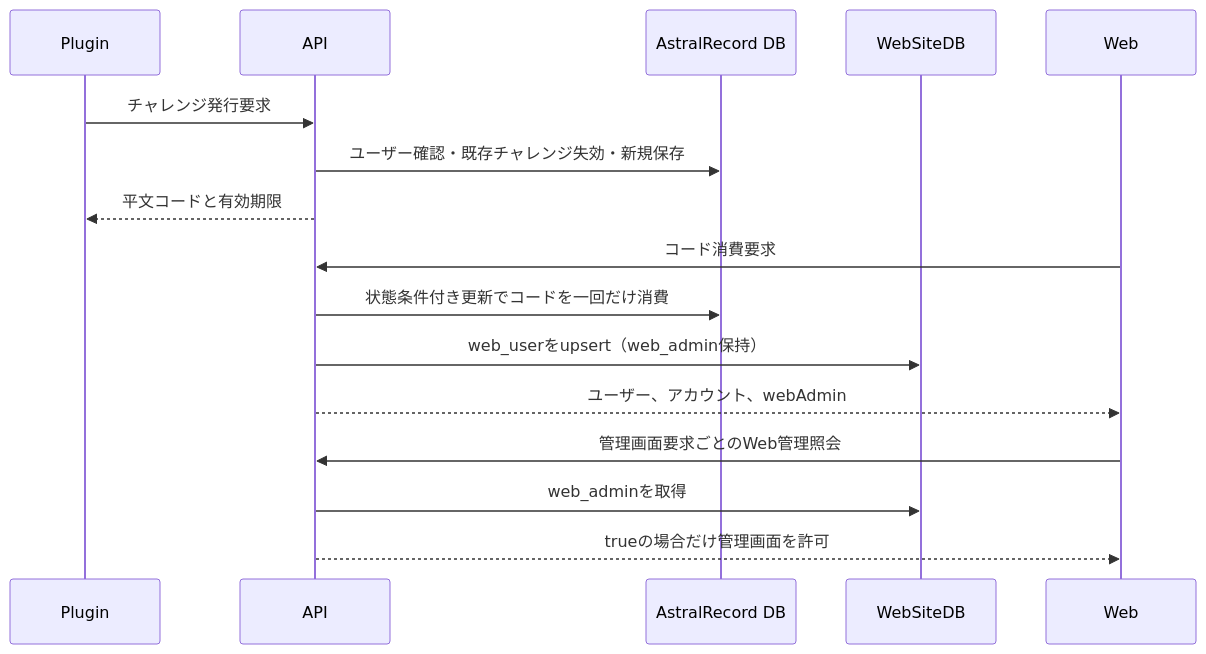
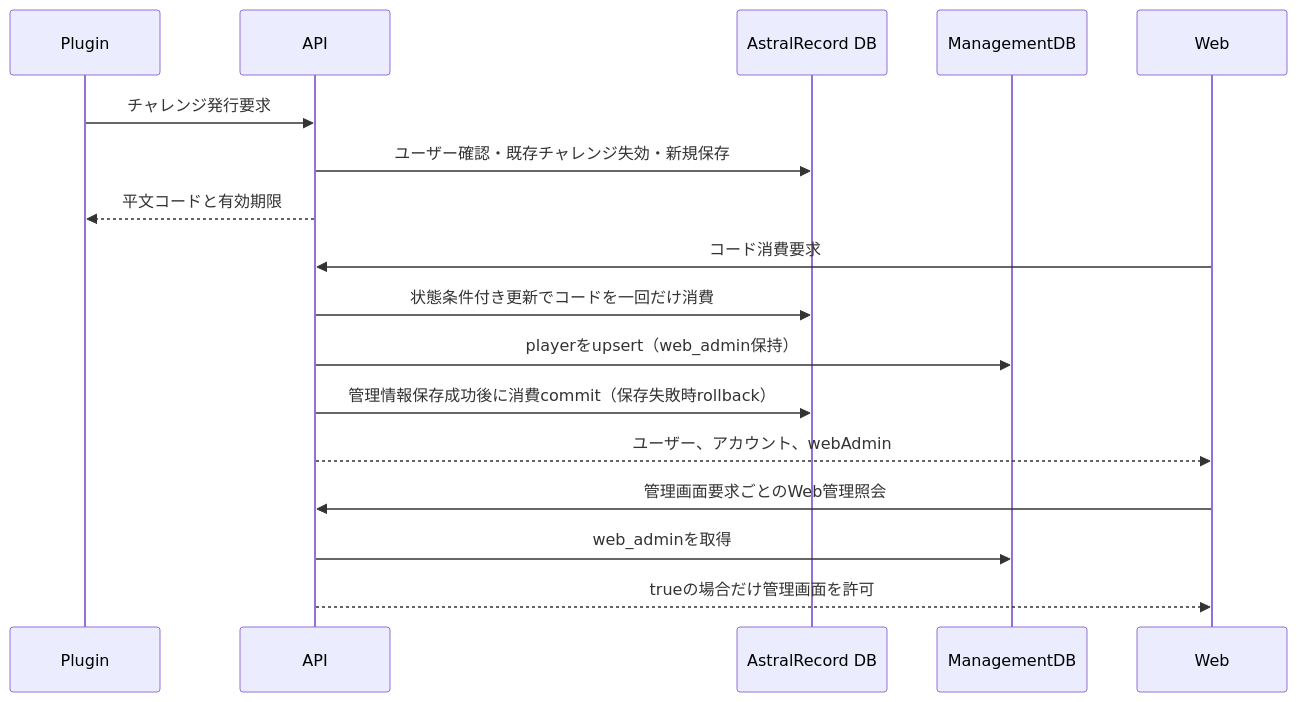
The diagram in 00_docs/20_API設計書/feature/24-web-auth/4-統合フロー/24_4.00-統合フロー.md (maaasu/AstralRecord-Workspace), drawn with Mermaid before and after one commit. The commit also changed 34 other files, not shown here.

````diff
--- a/00_docs/20_API設計書/feature/24-web-auth/4-統合フロー/24_4.00-統合フロー.md
+++ b/00_docs/20_API設計書/feature/24-web-auth/4-統合フロー/24_4.00-統合フロー.md
@@ -3,18 +3,19 @@
 ```mermaid
 sequenceDiagram
     participant Plugin
     participant API
     participant GameDB as AstralRecord DB
-    participant WebSiteDB
+    participant ManagementDB
     participant Web
     Plugin->>API: チャレンジ発行要求
     API->>GameDB: ユーザー確認・既存チャレンジ失効・新規保存
     API-->>Plugin: 平文コードと有効期限
     Web->>API: コード消費要求
     API->>GameDB: 状態条件付き更新でコードを一回だけ消費
-    API->>WebSiteDB: web_userをupsert（web_admin保持）
+    API->>ManagementDB: playerをupsert（web_admin保持）
+    API->>GameDB: 管理情報保存成功後に消費commit（保存失敗時rollback）
     API-->>Web: ユーザー、アカウント、webAdmin
     Web->>API: 管理画面要求ごとのWeb管理照会
-    API->>WebSiteDB: web_adminを取得
+    API->>ManagementDB: web_adminを取得
     API-->>Web: trueの場合だけ管理画面を許可
 ```
````
